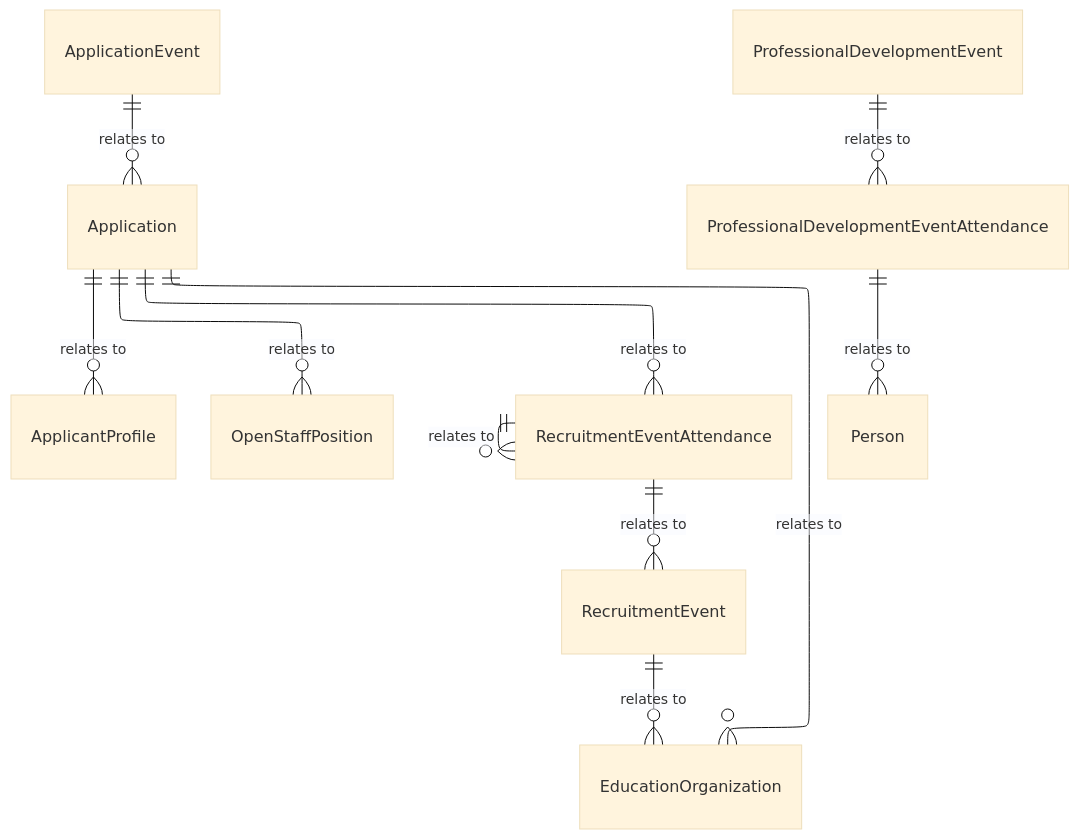
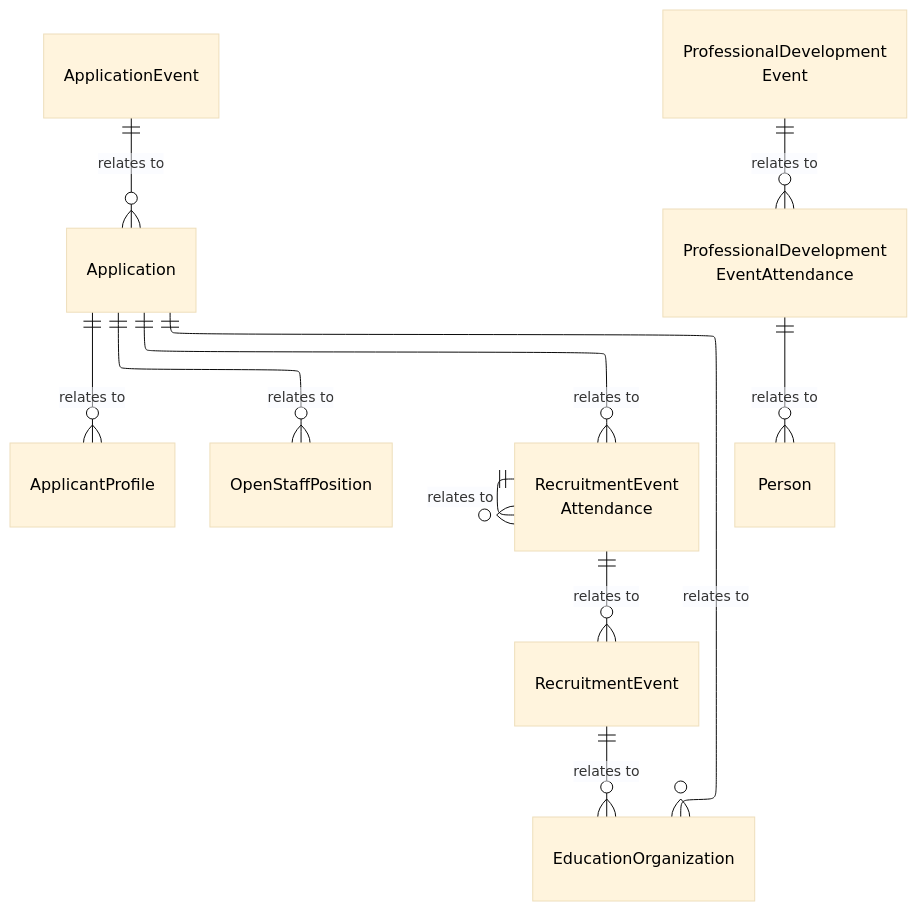
Before and after one commit to Ed-Fi-Alliance-OSS/ed-fi-alliance-oss.github.io: the diagram in dataStandard_versioned_docs/version-6/model-reference/recruiting-and-staffing-domain/model-diagrams.md, drawn with Mermaid (base theme). The commit also changed 24 other files, not shown here.

````diff
--- a/dataStandard_versioned_docs/version-6/model-reference/recruiting-and-staffing-domain/model-diagrams.md
+++ b/dataStandard_versioned_docs/version-6/model-reference/recruiting-and-staffing-domain/model-diagrams.md
@@ -10,39 +10,47 @@
 ```mermaid
 ---
-
 config:
   layout: elk
 ---
-
 erDiagram
     ApplicantProfile {
     }
     Application {
     }
     ApplicationEvent {
     }
     OpenStaffPosition {
     }
     RecruitmentEvent {
     }
-    RecruitmentEventAttendance {
+    RecruitmentEventAttendance["RecruitmentEvent<br/>Attendance"] {
     }
-    ProfessionalDevelopmentEvent {
+    ProfessionalDevelopmentEvent["ProfessionalDevelopment<br/>Event"] {
     }
-    ProfessionalDevelopmentEventAttendance {
+    ProfessionalDevelopmentEventAttendance["ProfessionalDevelopment<br/>EventAttendance"] {
     }
     Person {
     }
     EducationOrganization {
     }
     Application ||--o{ ApplicantProfile : "relates to"
     Application ||--o{ EducationOrganization : "relates to"
     Application ||--o{ OpenStaffPosition : "relates to"
     Application ||--o{ RecruitmentEventAttendance : "relates to"
     ApplicationEvent ||--o{ Application : "relates to"
     RecruitmentEventAttendance ||--o{ RecruitmentEvent : "relates to"
     RecruitmentEventAttendance ||--o{ RecruitmentEventAttendance : "relates to"
     RecruitmentEvent ||--o{ EducationOrganization : "relates to"
     ProfessionalDevelopmentEvent ||--o{ ProfessionalDevelopmentEventAttendance : "relates to"
     ProfessionalDevelopmentEventAttendance ||--o{ Person : "relates to"
+    style ApplicantProfile color:#000000
+    style Application color:#000000
+    style ApplicationEvent color:#000000
+    style OpenStaffPosition color:#000000
+    style RecruitmentEvent color:#000000
+    style RecruitmentEventAttendance color:#000000
+    style ProfessionalDevelopmentEvent color:#000000
+    style ProfessionalDevelopmentEventAttendance color:#000000
+    style Person color:#000000
+    style EducationOrganization color:#000000
 ```
````
